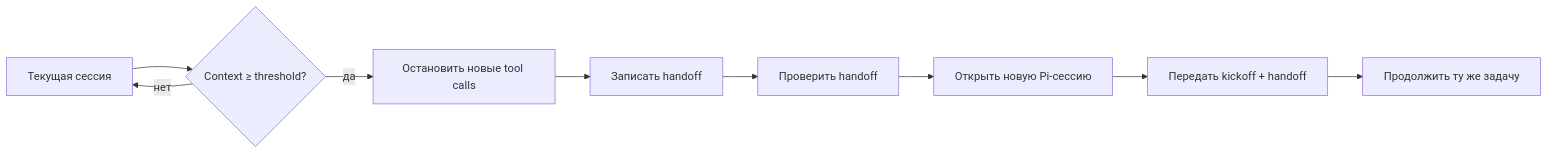
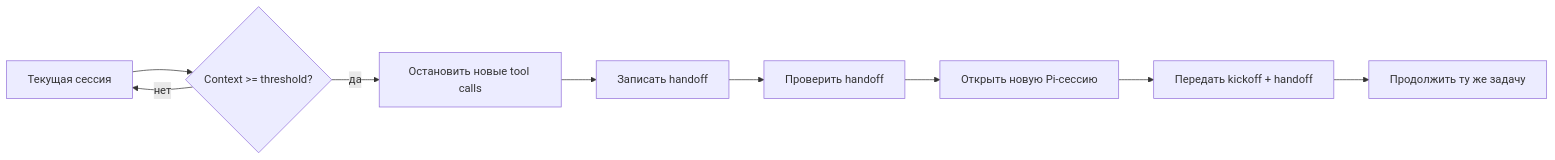
Before and after one commit to z03ps00/pi-1c-agent: the second of 2 diagrams in README.md, drawn with Mermaid. The commit also changed other lines of this file, not shown here.

First line of the commit message:
Починить схемы Mermaid в README.

````diff
--- a/README.md
+++ b/README.md
@@ -191,11 +187,11 @@
-~~~mermaid
-flowchart LR
-    A["Текущая сессия"] --> B{"Context ≥ threshold?"}
+```mermaid
+graph LR
+    A["Текущая сессия"] --> B{"Context >= threshold?"}
     B -->|нет| A
     B -->|да| C["Остановить новые tool calls"]
     C --> D["Записать handoff"]
     D --> E["Проверить handoff"]
     E --> F["Открыть новую Pi-сессию"]
     F --> G["Передать kickoff + handoff"]
     G --> H["Продолжить ту же задачу"]
-~~~
+```
````
